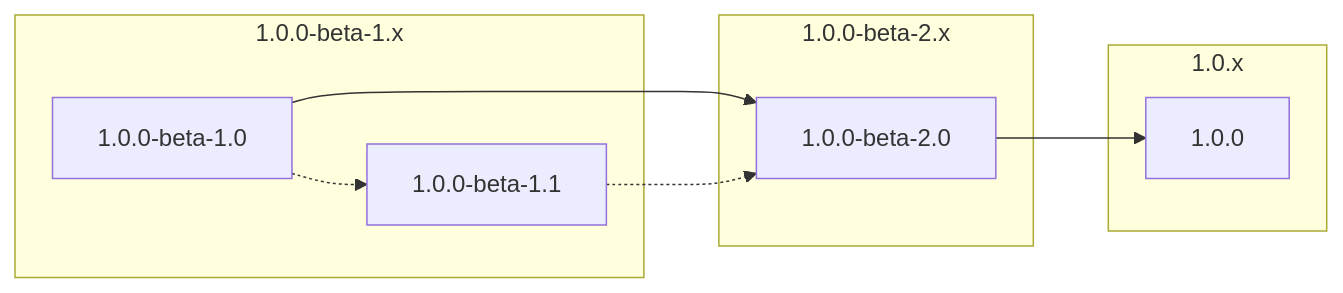
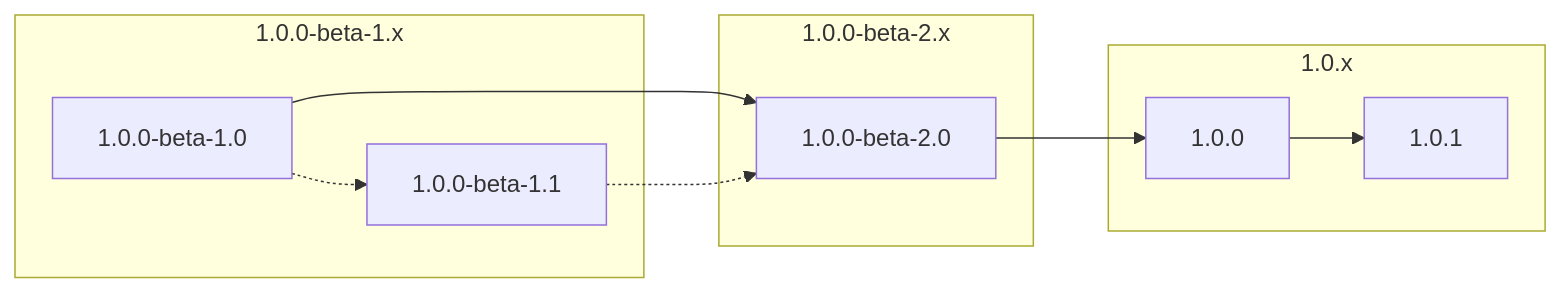
Before and after one commit to yusancky/yusancky_2022_summer_homework: the diagram in README.md, drawn with Mermaid.

````diff
--- a/README.md
+++ b/README.md
@@ -7,18 +7,20 @@
 ```mermaid
 graph LR;
     1.0.0-beta-1.0-.->1.0.0-beta-1.1;
     1.0.0-beta-1.0-->1.0.0-beta-2.0;
     1.0.0-beta-1.1-.->1.0.0-beta-2.0;
     1.0.0-beta-2.0-->1.0.0;
+    1.0.0-->1.0.1;
     
     subgraph 1.0.0-beta-1.x
     1.0.0-beta-1.0;
     1.0.0-beta-1.1;
     end
     subgraph 1.0.0-beta-2.x
     1.0.0-beta-2.0;
     end
     subgraph 1.0.x
     1.0.0;
+    1.0.1;
     end
 ```
````
